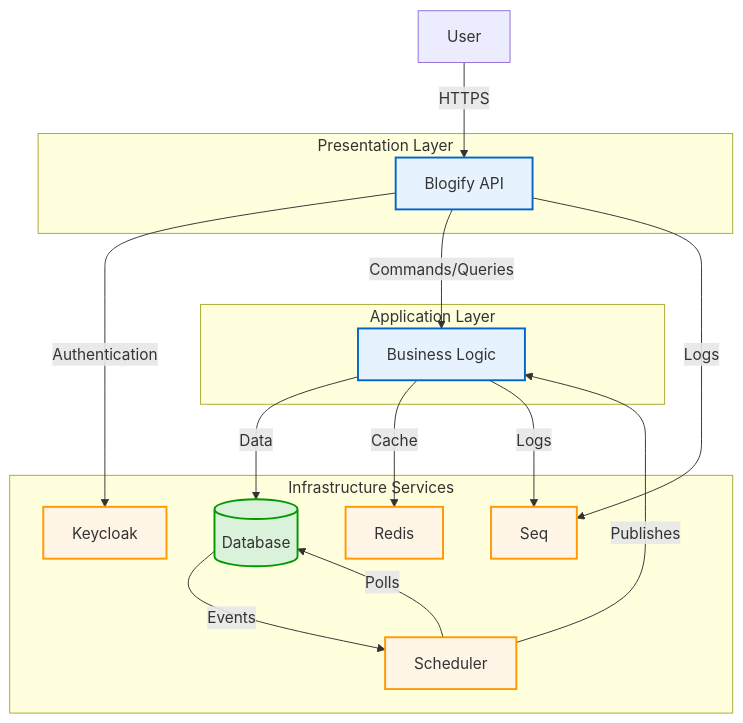
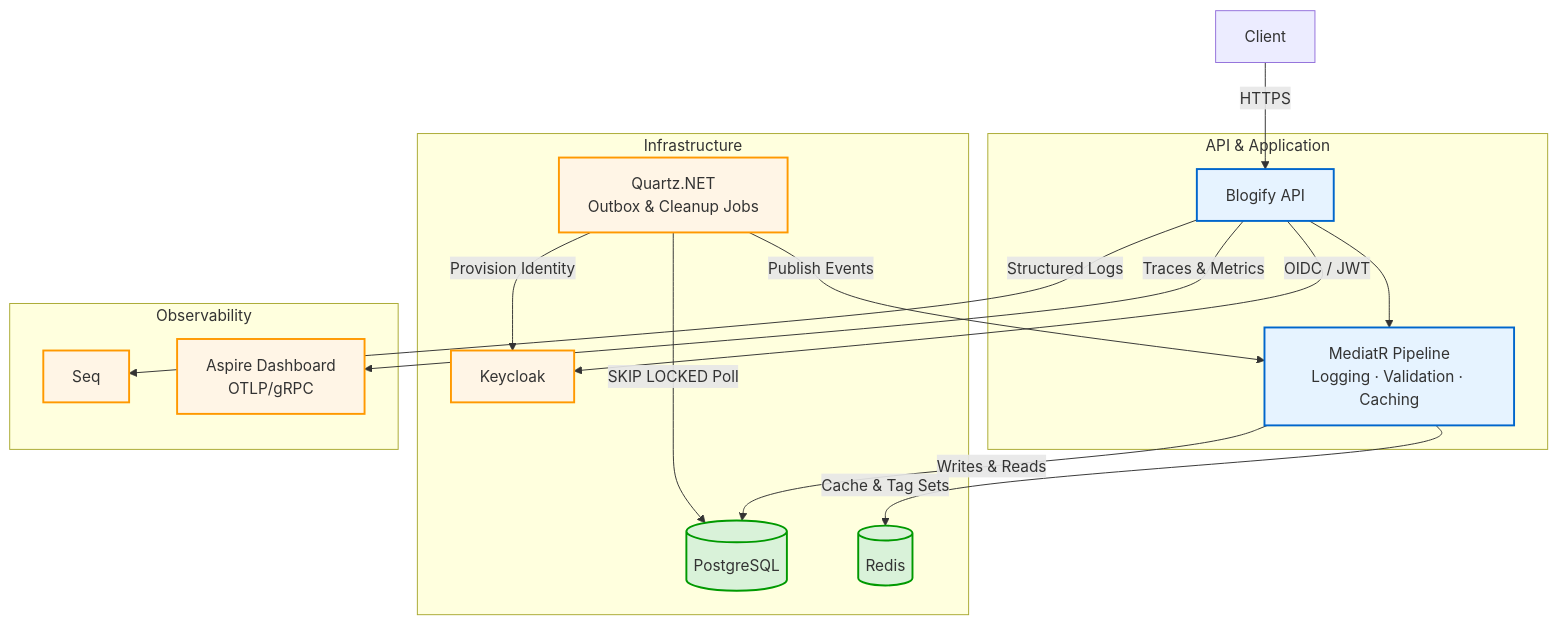
One commit to NikaNats/Blogify changed the diagram in README.md. Above: the diagram before and after it, drawn with Mermaid. The commit also changed other lines of this file and 1 other file, not shown here.

````diff
--- a/README.md
+++ b/README.md
@@ -55,35 +65,30 @@
 ```mermaid
 graph TD
-    subgraph "Presentation Layer"
-        API[Blogify API]
-    end
-    subgraph "Application Layer"
-        APP[Business Logic]
-    end
-    subgraph "Infrastructure Services"
-        KEYCLOAK[Keycloak]
-        DB[(Database)]
-        REDIS[Redis]
-        SEQ[Seq]
-        QUARTZ[Scheduler]
+    USER[Client] -->|HTTPS| API[Blogify API]
+
+    subgraph "API & Application"
+        API --> APP[MediatR Pipeline\nLogging · Validation · Caching]
     end
 
-    USER[User] -->|HTTPS| API
-    API -->|Authentication| KEYCLOAK
-    API -->|Commands/Queries| APP
-    APP -->|Data| DB
-    APP -->|Cache| REDIS
-    QUARTZ -->|Polls| DB
-    DB -->|Events| QUARTZ
-    QUARTZ -->|Publishes| APP
-    API -->|Logs| SEQ
-    APP -->|Logs| SEQ
+    subgraph "Infrastructure"
+        APP -->|Writes & Reads| DB[(PostgreSQL)]
+        APP -->|Cache & Tag Sets| REDIS[(Redis)]
+        API -->|OIDC / JWT| KEYCLOAK[Keycloak]
+        QUARTZ[Quartz.NET\nOutbox & Cleanup Jobs] -->|SKIP LOCKED Poll| DB
+        QUARTZ -->|Provision Identity| KEYCLOAK
+        QUARTZ -->|Publish Events| APP
+    end
 
-    classDef service fill:#e6f3ff,stroke:#0066cc,stroke-width:2px;
+    subgraph "Observability"
+        API -->|Structured Logs| SEQ[Seq]
+        API -->|Traces & Metrics| ASPIRE[Aspire Dashboard\nOTLP/gRPC]
+    end
+
+    classDef app fill:#e6f3ff,stroke:#0066cc,stroke-width:2px;
     classDef infra fill:#fff5e6,stroke:#ff9900,stroke-width:2px;
     classDef db fill:#d9f2d9,stroke:#009900,stroke-width:2px;
 
-    class API,APP service;
-    class KEYCLOAK,REDIS,SEQ,QUARTZ infra;
-    class DB db;
+    class API,APP app;
+    class KEYCLOAK,QUARTZ,SEQ,ASPIRE infra;
+    class DB,REDIS db;
 ```
````
